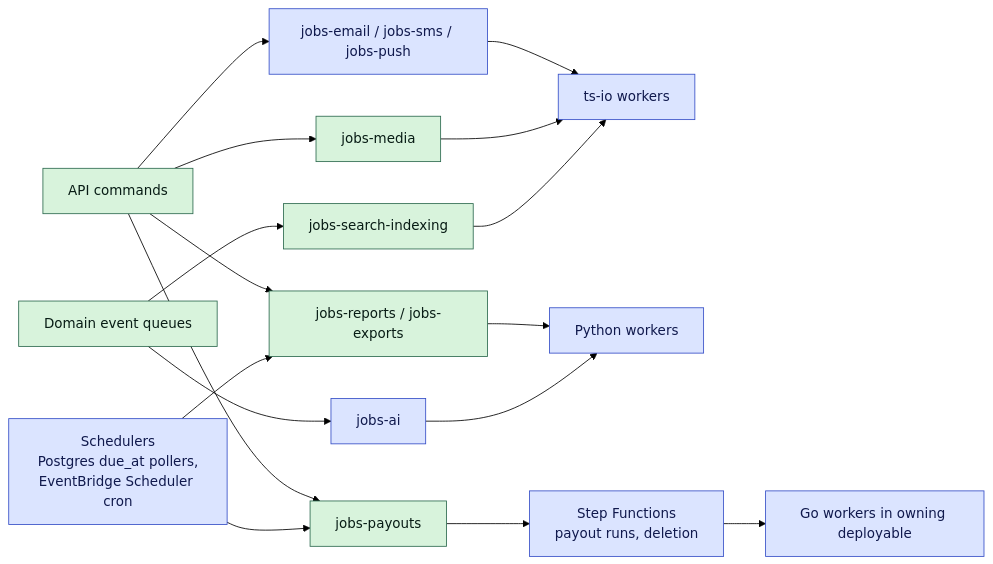
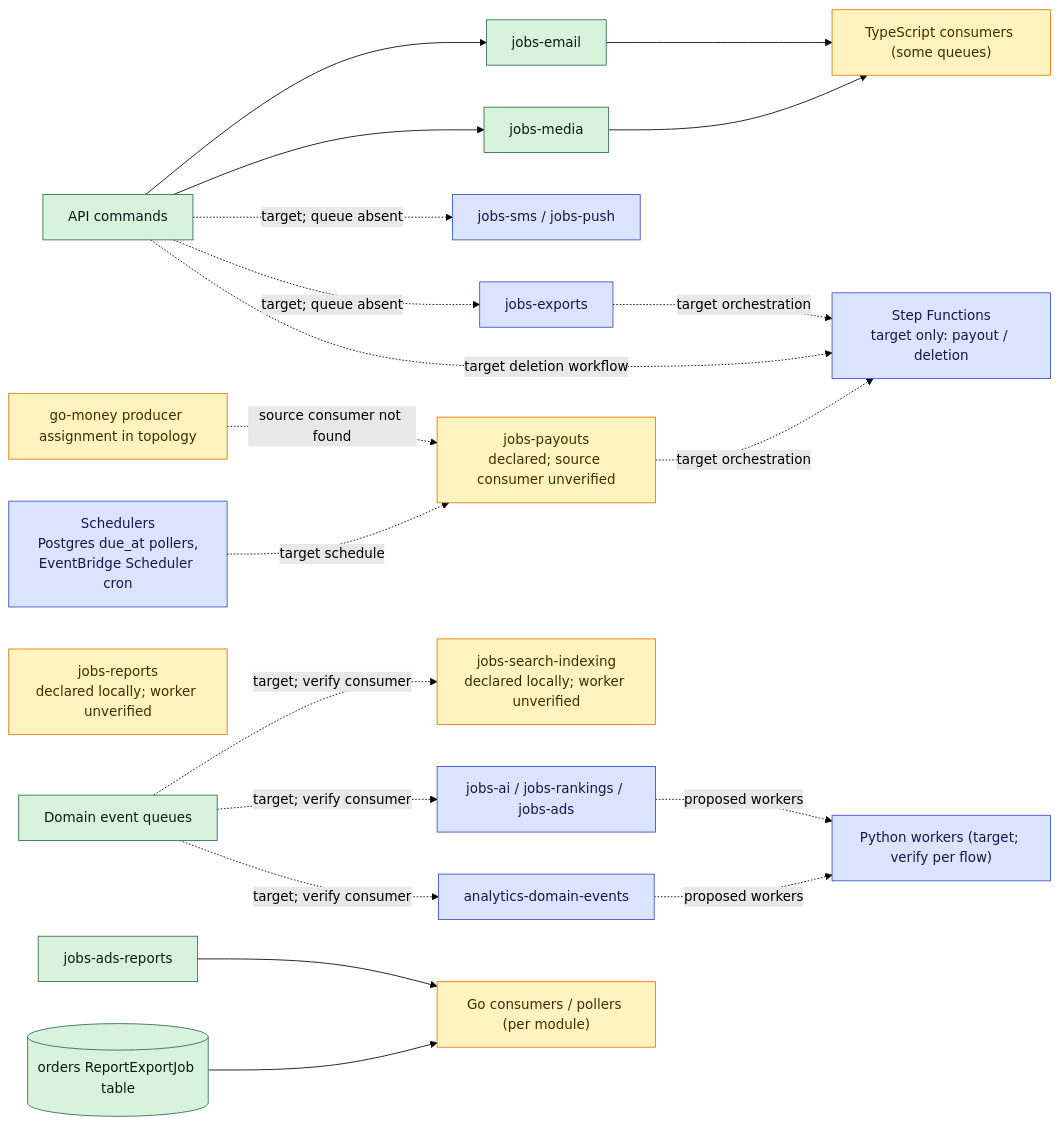
One commit to telente-technologies/nantty changed the second of 2 diagrams in docs/architecture/events.md. Above: the diagram before and after it, drawn with Mermaid (forest theme). The commit also changed other lines of this file and 6 other files, not shown here.

First line of the commit message:
Refactor logistics documentation and update marketplace architecture

````diff
--- a/docs/architecture/events.md
+++ b/docs/architecture/events.md
@@ -158,26 +177,39 @@
 ```mermaid
 flowchart LR
   classDef existing fill:#d8f3dc,stroke:#2d6a4f,color:#081c15
+  classDef partial fill:#fff3bf,stroke:#e67700,color:#3b2f00
   classDef proposed fill:#dbe4ff,stroke:#364fc7,color:#10194d
 
   api["API commands"]:::existing
   sched["Schedulers<br/>Postgres due_at pollers,<br/>EventBridge Scheduler cron"]:::proposed
   events["Domain event queues"]:::existing
-  jEmail["jobs-email / jobs-sms / jobs-push"]:::proposed
+  jEmail["jobs-email"]:::existing
+  jSmsPush["jobs-sms / jobs-push"]:::proposed
   jMedia["jobs-media"]:::existing
-  jReports["jobs-reports / jobs-exports"]:::existing
-  jPayouts["jobs-payouts"]:::existing
-  jSearch["jobs-search-indexing"]:::existing
-  jAi["jobs-ai"]:::proposed
-  wTs["ts-io workers"]:::proposed
-  wGo["Go workers in owning deployable"]:::proposed
-  wPy["Python workers"]:::proposed
-  sfn["Step Functions<br/>payout runs, deletion"]:::proposed
+  jReports["jobs-reports<br/>declared locally; worker unverified"]:::partial
+  jExports["jobs-exports"]:::proposed
+  jPayouts["jobs-payouts<br/>declared; source consumer unverified"]:::partial
+  goMoneyProducer["go-money producer assignment in topology"]:::partial
+  jSearch["jobs-search-indexing<br/>declared locally; worker unverified"]:::partial
+  jAdsReports["jobs-ads-reports"]:::existing
+  jAi["jobs-ai / jobs-rankings / jobs-ads"]:::proposed
+  jAnalytics["analytics-domain-events"]:::proposed
+  reportRows[("orders ReportExportJob table")]:::existing
+  wTs["TypeScript consumers (some queues)"]:::partial
+  wGo["Go consumers / pollers (per module)"]:::partial
+  wPy["Python workers (target; verify per flow)"]:::proposed
+  sfn["Step Functions<br/>target only: payout / deletion"]:::proposed
 
-  api --> jEmail & jMedia & jReports & jPayouts
-  events --> jSearch & jAi
-  sched --> jPayouts & jReports
-  jEmail & jMedia & jSearch --> wTs
-  jPayouts --> sfn --> wGo
-  jReports & jAi --> wPy
+  api --> jEmail & jMedia
+  api -. "target; queue absent" .-> jSmsPush & jExports
+  goMoneyProducer -. "source consumer not found" .-> jPayouts
+  jPayouts -. "target orchestration" .-> sfn
+  api -. "target deletion workflow" .-> sfn
+  jExports -. "target orchestration" .-> sfn
+  events -. "target; verify consumer" .-> jSearch & jAi & jAnalytics
+  sched -. "target schedule" .-> jPayouts
+  jEmail & jMedia --> wTs
+  jAdsReports --> wGo
+  reportRows --> wGo
+  jAi & jAnalytics -. "proposed workers" .-> wPy
 ```
````
